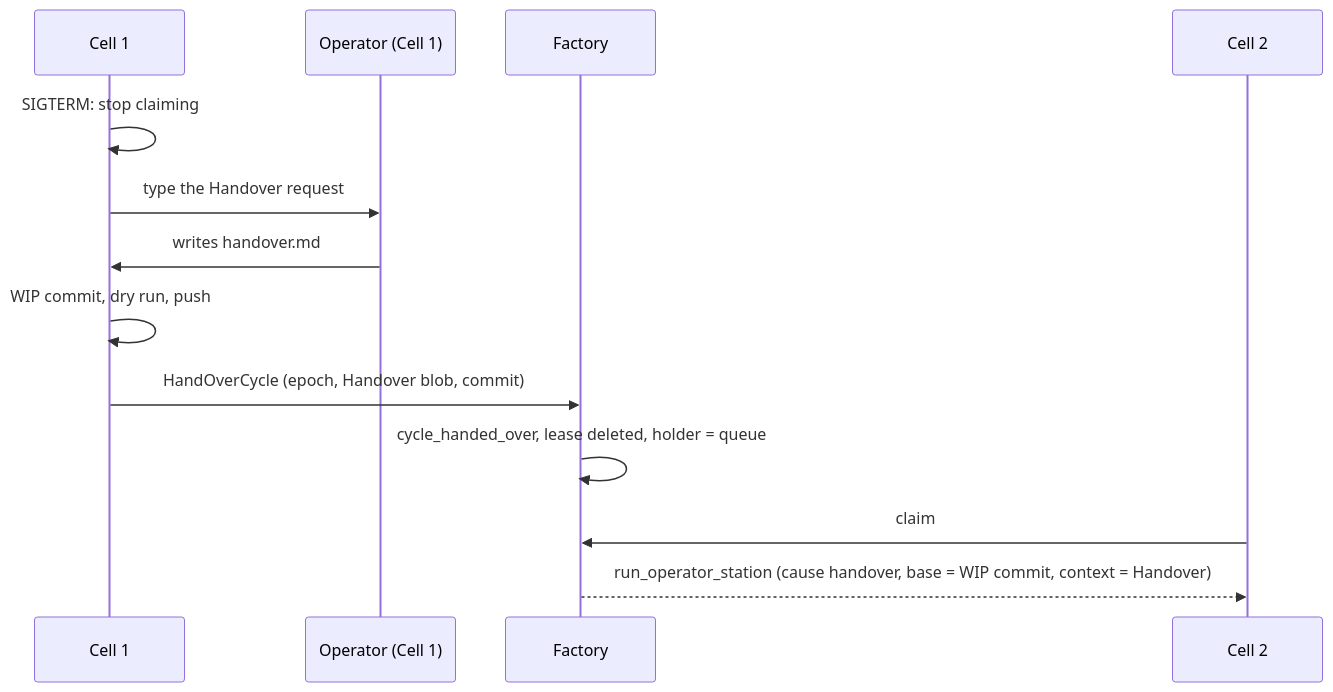
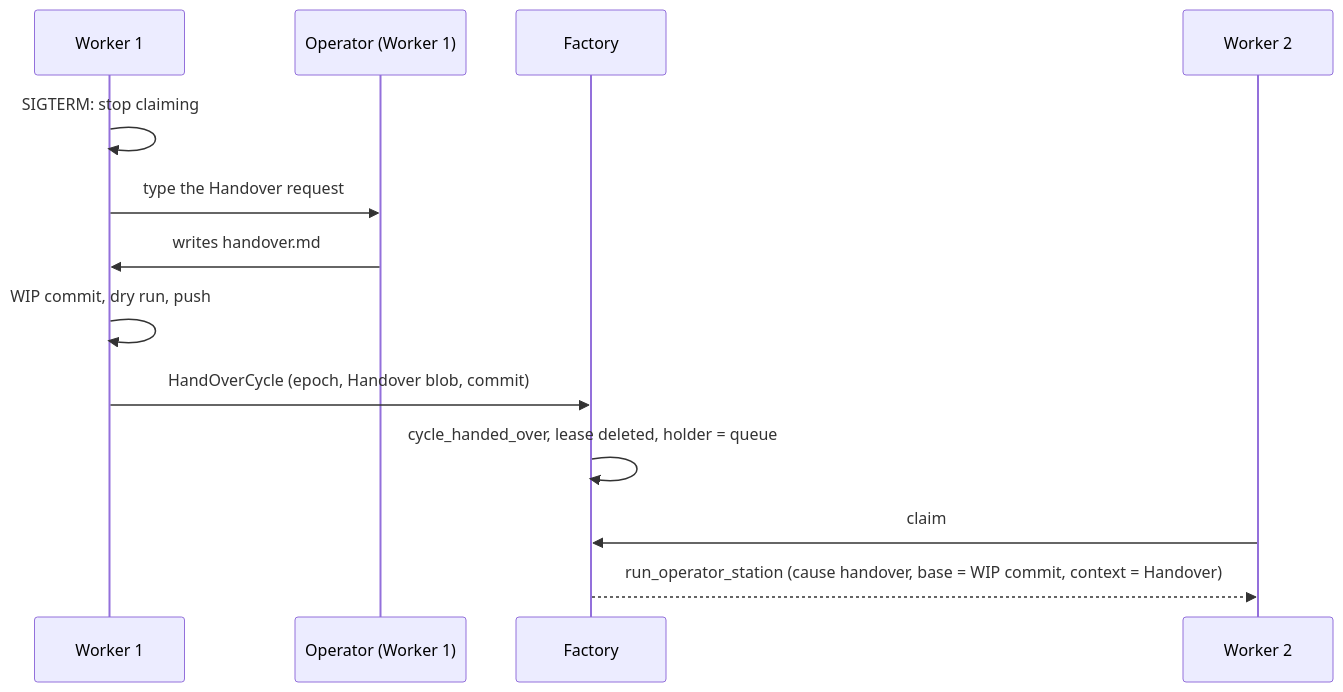
The eighth of 8 diagrams in docs/PLAN.md (xyashino/software-factory), drawn with Mermaid before and after one commit. The commit also changed other lines of this file and 48 other files, not shown here.

Commit message:
docs: restructure architecture around local socket server

````diff
--- a/docs/PLAN.md
+++ b/docs/PLAN.md
@@ -199,15 +245,15 @@
 ```mermaid
 sequenceDiagram
-  participant C1 as Cell 1
-  participant O as Operator (Cell 1)
+  participant C1 as Worker 1
+  participant O as Operator (Worker 1)
   participant S as Factory
-  participant C2 as Cell 2
+  participant C2 as Worker 2
   C1->>C1: SIGTERM: stop claiming
   C1->>O: type the Handover request
   O->>C1: writes handover.md
   C1->>C1: WIP commit, dry run, push
   C1->>S: HandOverCycle (epoch, Handover blob, commit)
   S->>S: cycle_handed_over, lease deleted, holder = queue
   C2->>S: claim
   S-->>C2: run_operator_station (cause handover, base = WIP commit, context = Handover)
 ```
````
